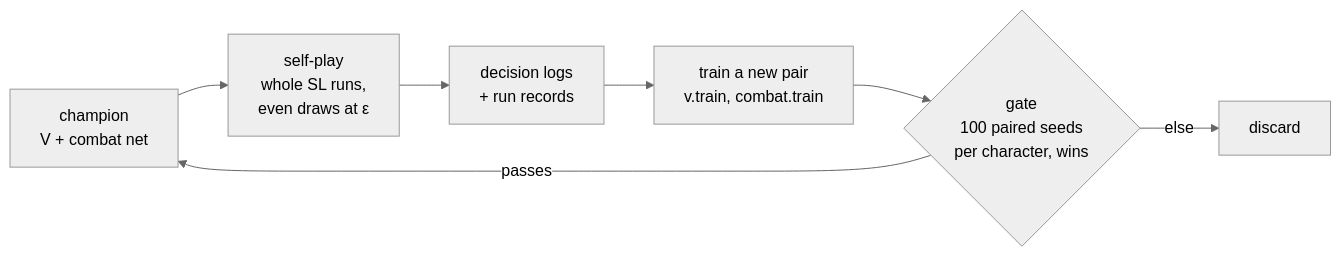
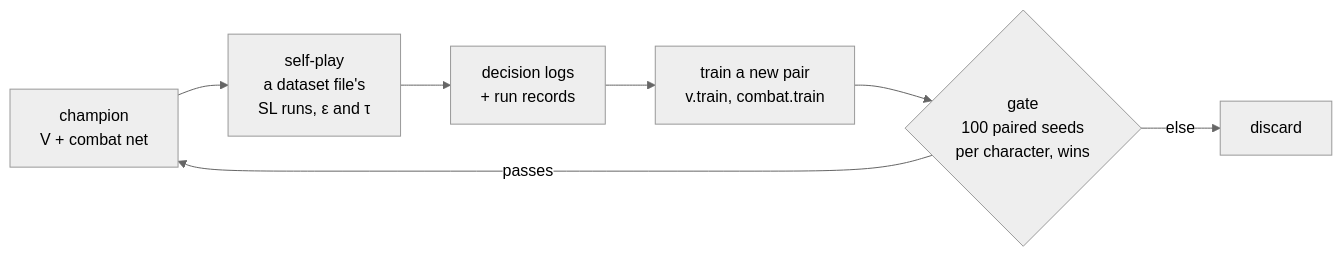
Before and after one commit to shinnku-nikaidou/spire-zero: the diagram in docs/src/content/docs/en/arch/macro-brain/selfplay.mdx, drawn with Mermaid (neutral theme). The commit also changed other lines of this file and 92 other files, not shown here.

````diff
--- a/docs/src/content/docs/en/arch/macro-brain/selfplay.mdx
+++ b/docs/src/content/docs/en/arch/macro-brain/selfplay.mdx
@@ -13,9 +13,9 @@
 ```mermaid
 flowchart LR
-  C["champion<br/>V + combat net"] --> P["self-play<br/>whole SL runs,<br/>even draws at ε"]
+  C["champion<br/>V + combat net"] --> P["self-play<br/>a dataset file's<br/>SL runs, ε and τ"]
   P --> D["decision logs<br/>+ run records"]
   D --> T["train a new pair<br/>v.train, combat.train"]
   T --> G{"gate<br/>100 paired seeds<br/>per character, wins"}
   G -->|"passes"| C
   G -->|"else"| X["discard"]
 ```
````
